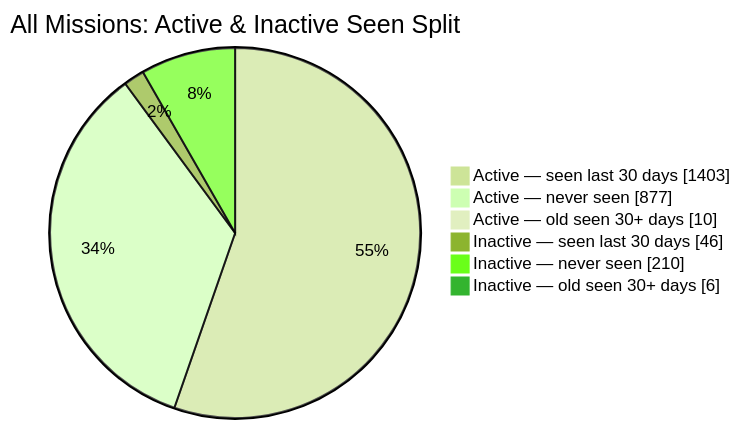
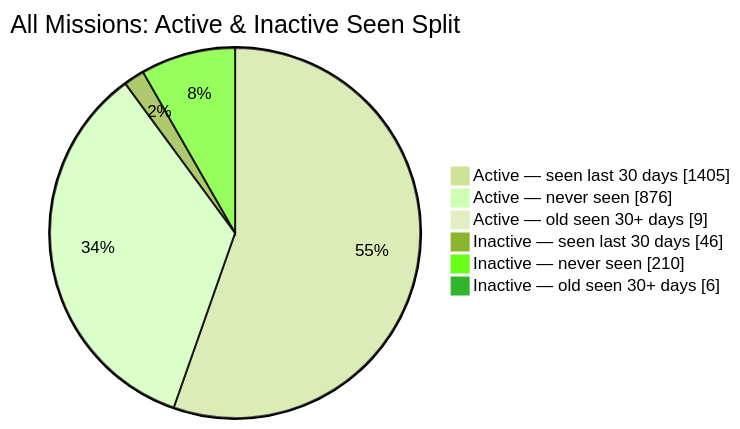
Before and after one commit to MeldkamerspelGameTeam/active-missions: the second of 2 diagrams in README.md, drawn with Mermaid (forest theme). The commit also changed other lines of this file and 3 other files, not shown here.

````diff
--- a/README.md
+++ b/README.md
@@ -44,10 +44,10 @@
 ```mermaid
 pie showData
     title All Missions: Active & Inactive Seen Split
-    "Active — seen last 30 days" : 1403
-    "Active — never seen" : 877
-    "Active — old seen 30+ days" : 10
+    "Active — seen last 30 days" : 1405
+    "Active — never seen" : 876
+    "Active — old seen 30+ days" : 9
     "Inactive — seen last 30 days" : 46
     "Inactive — never seen" : 210
     "Inactive — old seen 30+ days" : 6
 ```
````
